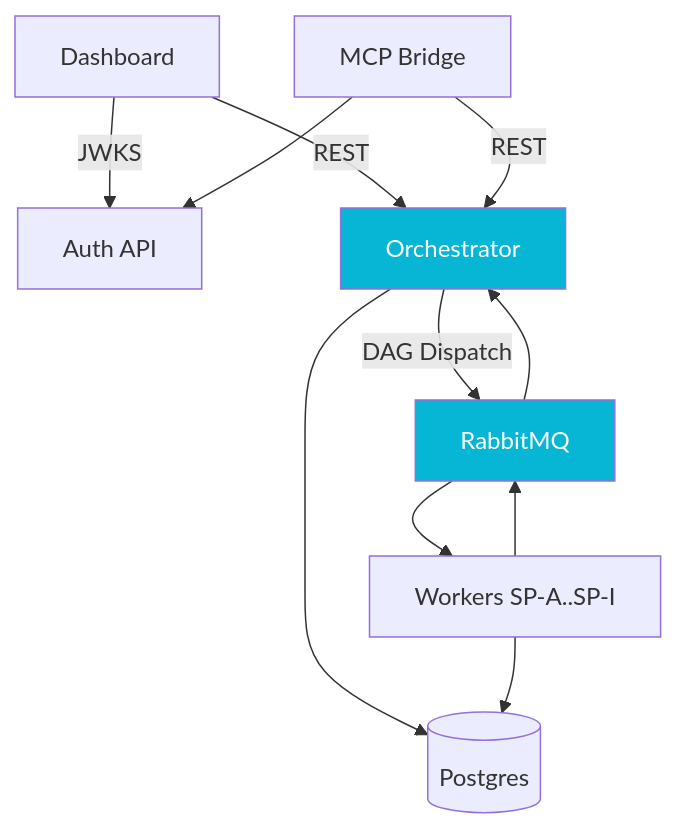
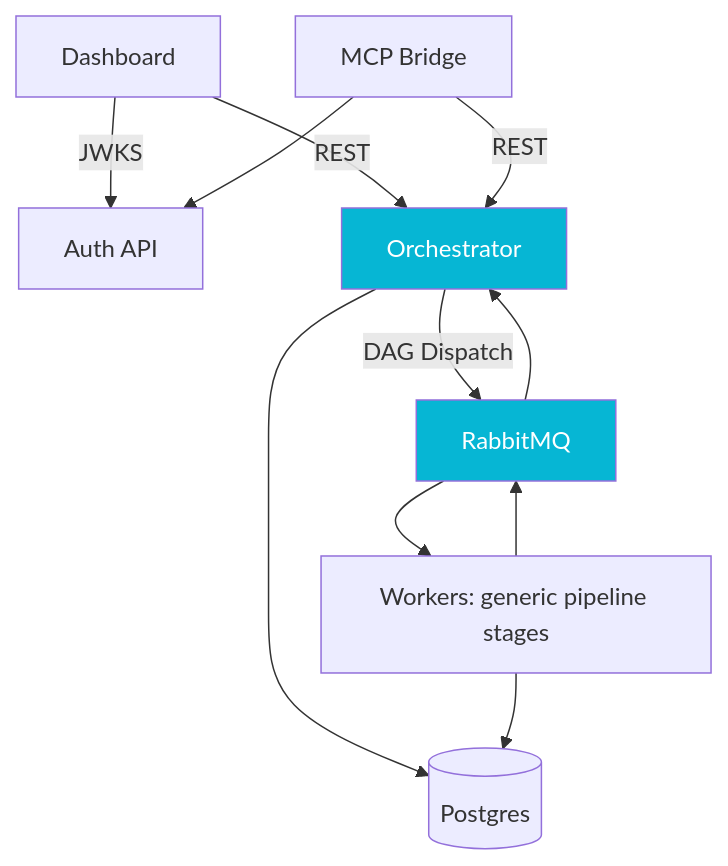
Before and after one commit to phatjam98/portfolio: the diagram in src/content/case-studies/pipeline-platform.mdx, drawn with Mermaid. The commit also changed other lines of this file and 12 other files, not shown here.

````diff
--- a/src/content/case-studies/pipeline-platform.mdx
+++ b/src/content/case-studies/pipeline-platform.mdx
@@ -26,15 +26,15 @@
 ```mermaid
 graph TB
     A[Dashboard] -->|JWKS| C[Auth API]
     A -->|REST| B[Orchestrator]
     B -->|DAG Dispatch| Q[RabbitMQ]
-    Q --> W[Workers SP-A..SP-I]
+    Q --> W[Workers: generic pipeline stages]
     W --> Q
     Q --> B
     B --> P[(Postgres)]
     W --> P
     M[MCP Bridge] --> C
     M -->|REST| B
     style B fill:#06b6d4,color:#fff
     style Q fill:#06b6d4,color:#fff
 ```
````
